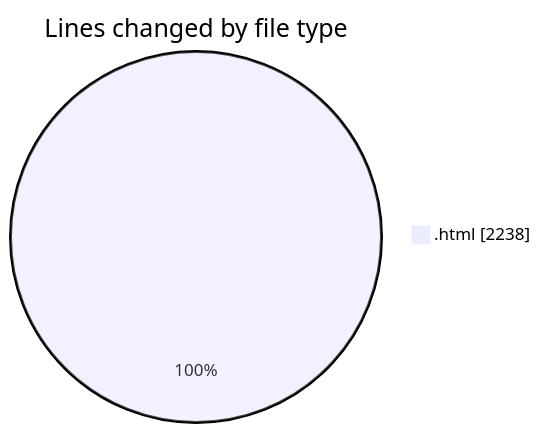
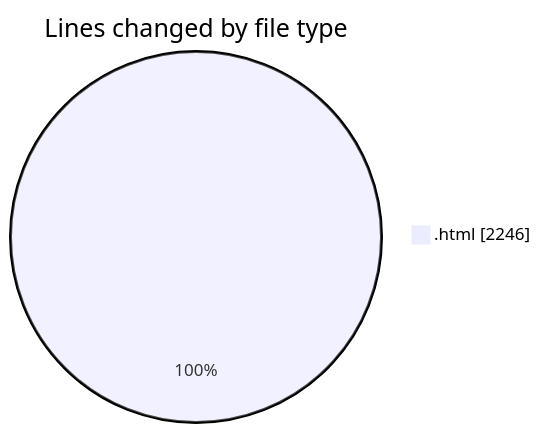
Before and after one commit to Ritupan-Deka/code-tracking: the first of 2 diagrams in 2025-06-17/projects/README.md, drawn with Mermaid. The commit also changed other lines of this file and 1 other file, not shown here.

````diff
--- a/2025-06-17/projects/README.md
+++ b/2025-06-17/projects/README.md
@@ -21,5 +21,5 @@
 ```mermaid
 pie showData
 title Lines changed by file type
-".html" : 2238
+".html" : 2246
 ```
````
